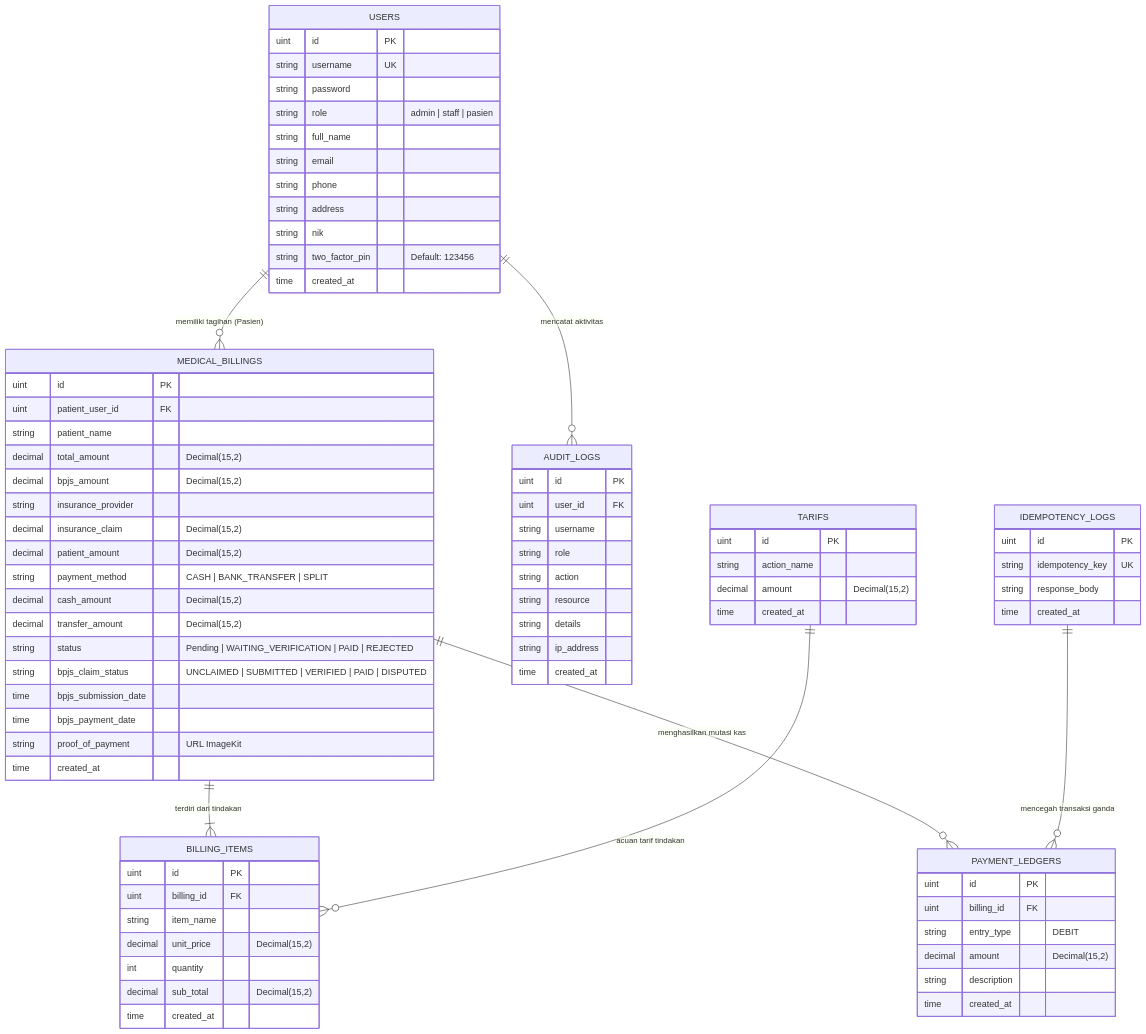
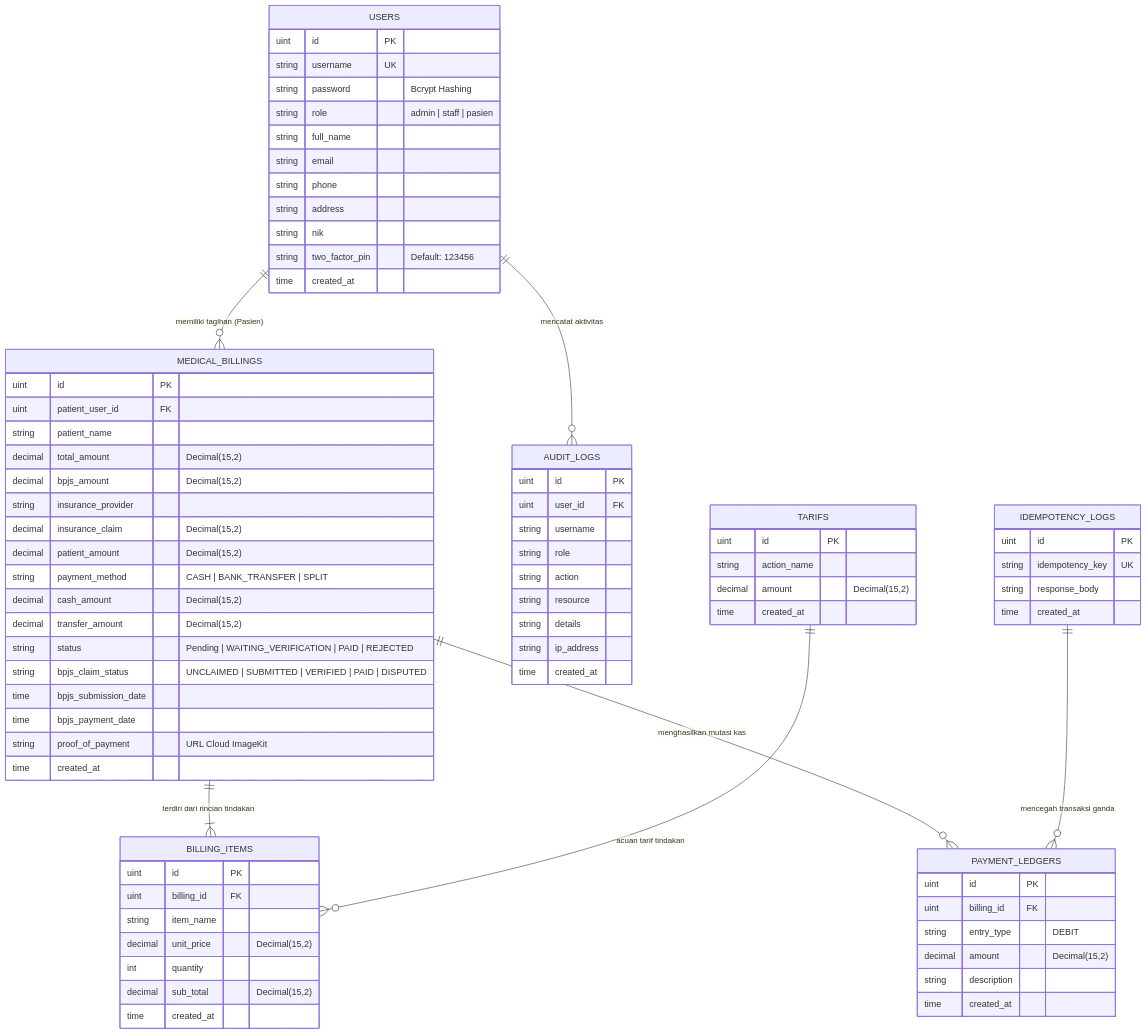
Before and after one commit to Lesmana24/SIMRS-Billings: the first of 4 diagrams in server/README.md, drawn with Mermaid. The commit also changed other lines of this file, not shown here.

Commit message:
docs: add README.md for SIMRS billing backend documentation

```diff
--- a/server/README.md
+++ b/server/README.md
@@ -128,7 +158,7 @@
 erDiagram
     USERS ||--o{ MEDICAL_BILLINGS : "memiliki tagihan (Pasien)"
     USERS ||--o{ AUDIT_LOGS : "mencatat aktivitas"
-    MEDICAL_BILLINGS ||--|{ BILLING_ITEMS : "terdiri dari tindakan"
+    MEDICAL_BILLINGS ||--|{ BILLING_ITEMS : "terdiri dari rincian tindakan"
     MEDICAL_BILLINGS ||--o{ PAYMENT_LEDGERS : "menghasilkan mutasi kas"
     TARIFS ||--o{ BILLING_ITEMS : "acuan tarif tindakan"
     IDEMPOTENCY_LOGS ||--o{ PAYMENT_LEDGERS : "mencegah transaksi ganda"
@@ -136,7 +166,7 @@
     USERS {
         uint id PK
         string username UK
-        string password
+        string password "Bcrypt Hashing"
         string role "admin | staff | pasien"
         string full_name
         string email
@@ -170,7 +200,7 @@
         string bpjs_claim_status "UNCLAIMED | SUBMITTED | VERIFIED | PAID | DISPUTED"
         time bpjs_submission_date
         time bpjs_payment_date
-        string proof_of_payment "URL ImageKit"
+        string proof_of_payment "URL Cloud ImageKit"
         time created_at
     }
 
```
